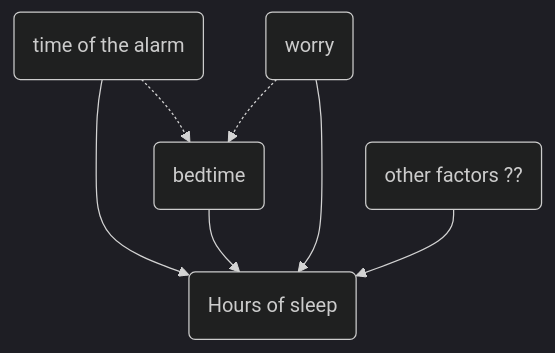
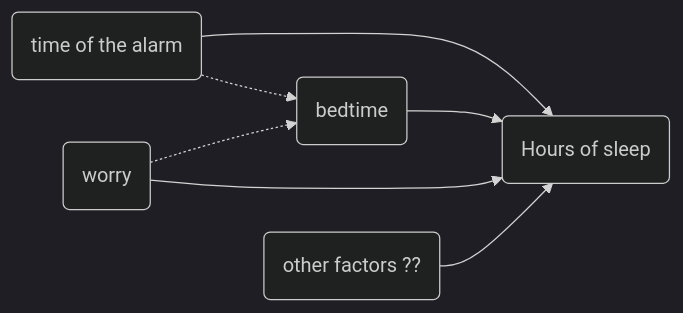
Before and after one commit to ethanweed/ExPsyLing: the diagram in 2022/Slides/Lecture-06.md, drawn with Mermaid (dark theme). The commit also changed 2 other files, not shown here.

Commit message:
auto-updated with build.sh

````diff
--- a/2022/Slides/Lecture-06.md
+++ b/2022/Slides/Lecture-06.md
@@ -179,10 +179,10 @@
 ```{.mermaid format=svg  theme=neutral width=400 }
-graph TB
+graph LR
 A(time of the alarm) -->B(Hours of sleep)
 C(bedtime) -->B
 A-.->C
 D(worry)-->B
 D-.->C
 E(other factors ??)-->B
 
 ```
````
